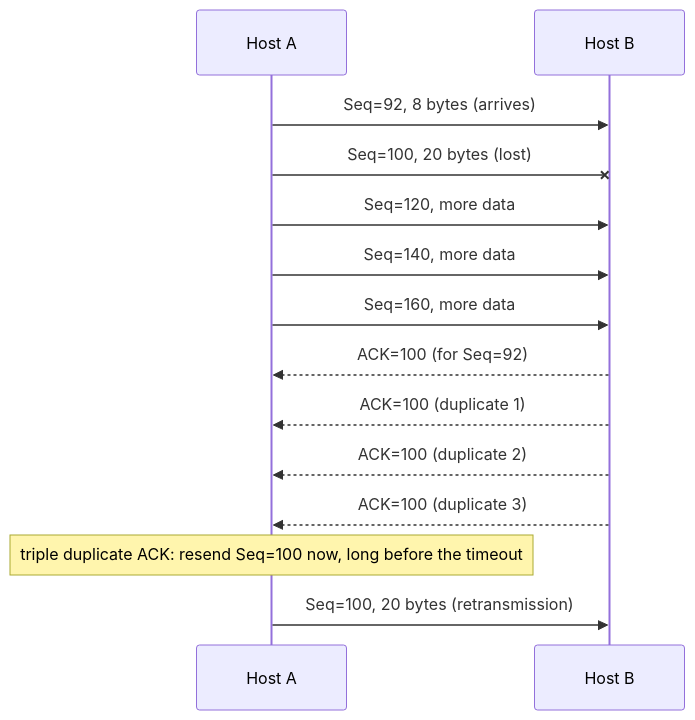
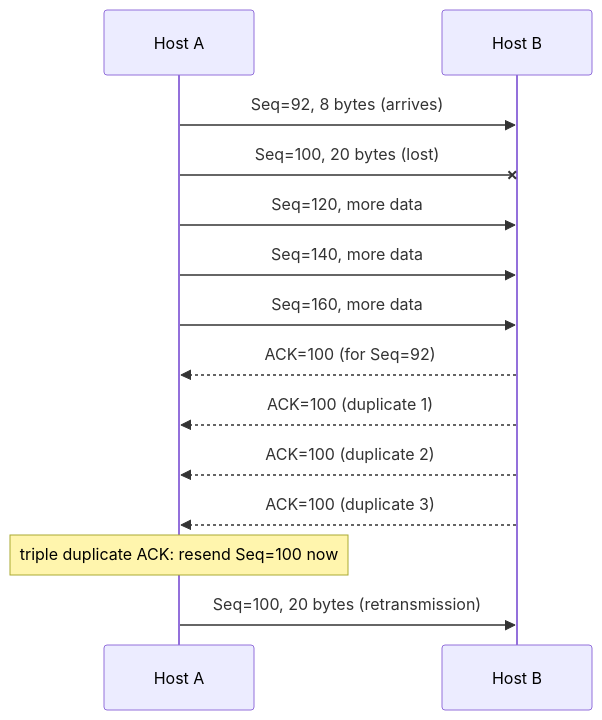
Diagram 12 of 34 in EDA387-Computer-Networks/04-TCP.md (FahimMashroor/Chalmers_CSC), drawn with Mermaid before and after one commit. The commit also changed other lines of this file, not shown here.

Commit message:
Rewrite 04 TCP in simple language with examples and diagrams

````diff
--- a/EDA387-Computer-Networks/04-TCP.md
+++ b/EDA387-Computer-Networks/04-TCP.md
@@ -353,16 +491,16 @@
 ```mermaid
 sequenceDiagram
   participant A as Host A
   participant B as Host B
   A->>B: Seq=92, 8 bytes (arrives)
   A-xB: Seq=100, 20 bytes (lost)
   A->>B: Seq=120, more data
   A->>B: Seq=140, more data
   A->>B: Seq=160, more data
   B-->>A: ACK=100 (for Seq=92)
   B-->>A: ACK=100 (duplicate 1)
   B-->>A: ACK=100 (duplicate 2)
   B-->>A: ACK=100 (duplicate 3)
-  Note over A: triple duplicate ACK: resend Seq=100 now, long before the timeout
+  Note over A: triple duplicate ACK: resend Seq=100 now
   A->>B: Seq=100, 20 bytes (retransmission)
 ```
````
